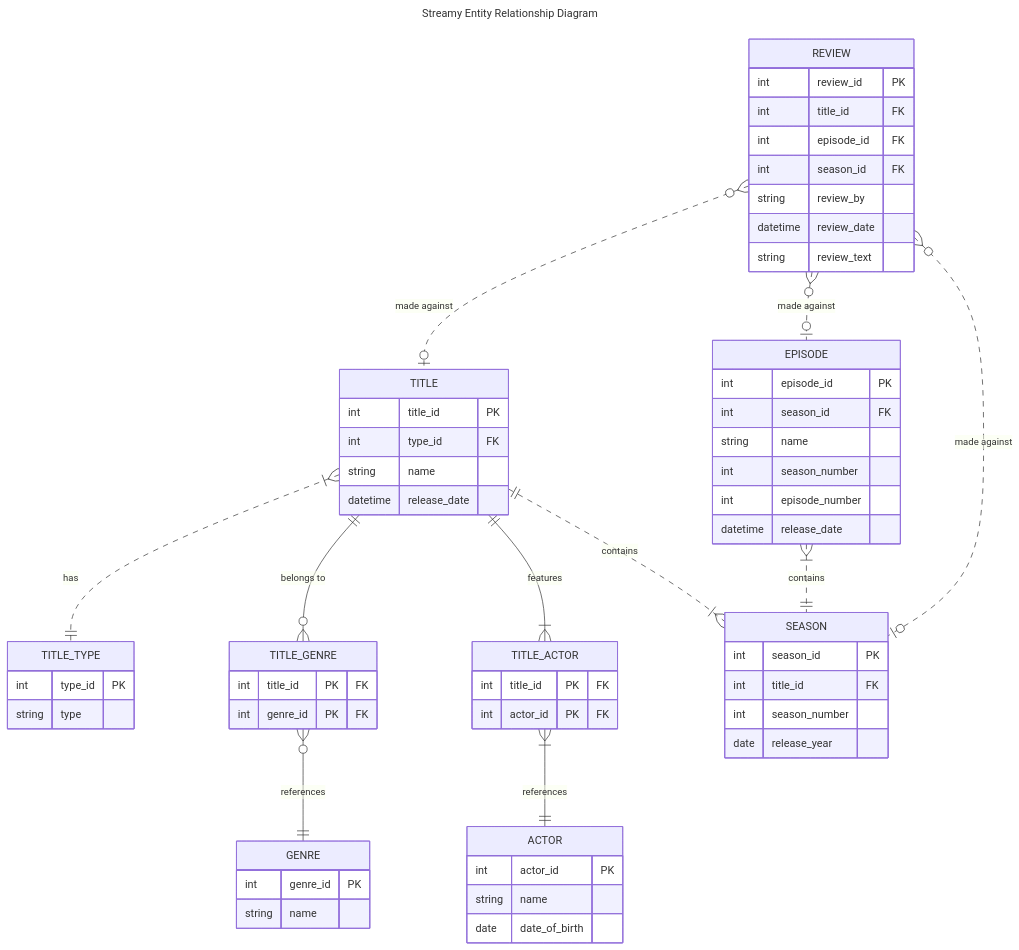
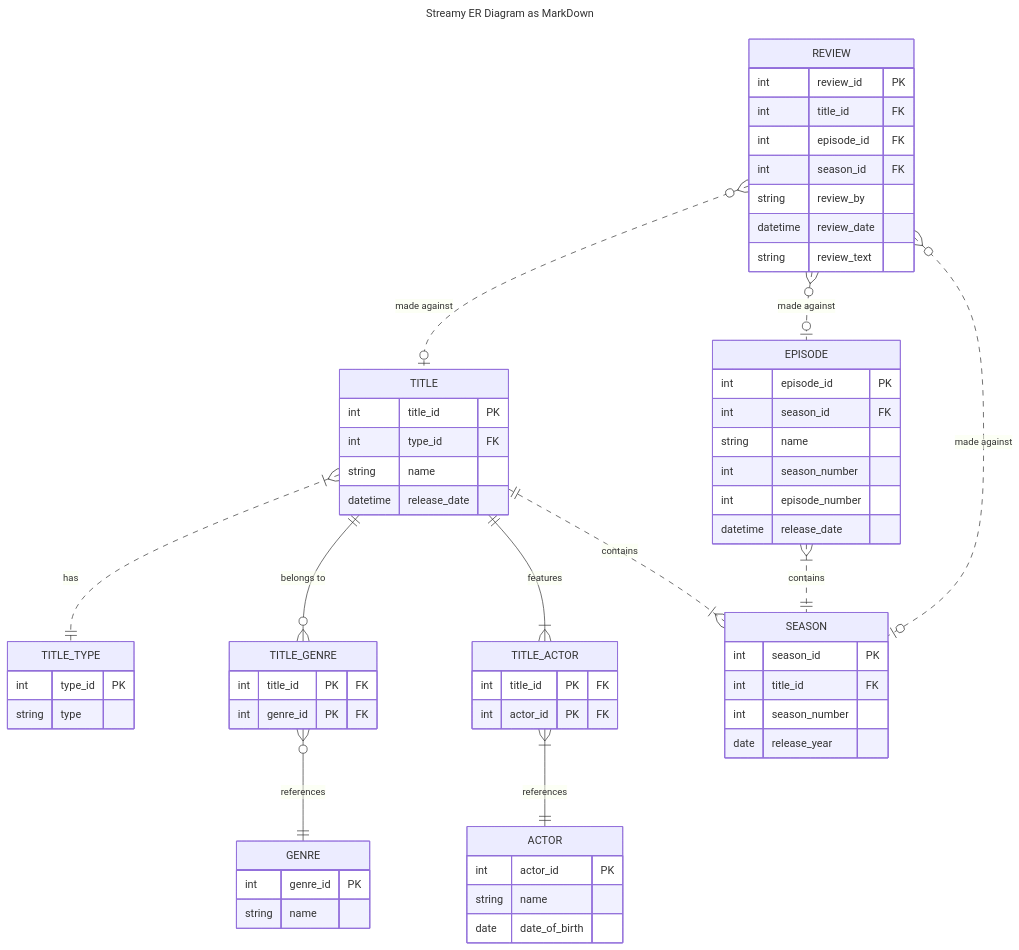
One commit to ashishpadman/mermaid-actions-site changed the diagram in docs/EntityDiagram.md. Above: the diagram before and after it, drawn with Mermaid.

Commit message:
Changed ER Diagram

````diff
--- a/docs/EntityDiagram.md
+++ b/docs/EntityDiagram.md
@@ -1,78 +1,78 @@
 ```mermaid
 ---
-title: Streamy Entity Relationship Diagram
+title: Streamy ER Diagram as MarkDown
 ---
 erDiagram
     TITLE {
         int title_id PK
         int type_id FK
         string name
         datetime release_date
     }
 
     TITLE_TYPE {
         int type_id PK
         string type
     }
 
     ACTOR {
         int actor_id PK
         string name
         date date_of_birth
     }
 	TITLE_ACTOR {
 	    int title_id PK "FK"
 	    int actor_id PK "FK"
 	}
 	
 	GENRE {
 	    int genre_id PK
 	    string name
 	}
 	
 	TITLE_GENRE {
 	    int title_id PK "FK"
 	    int genre_id PK "FK"
 	}
 	
 	EPISODE {
 	    int episode_id PK
 	    int season_id FK
 	    string name
 	    int season_number
 	    int episode_number
 	    datetime release_date
 	}
 
 	SEASON {
 	    int season_id PK
 	    int title_id FK
 	    int season_number
 	    date release_year
 	}
 	
 	REVIEW {
 	    int review_id PK
 	    int title_id FK
 	    int episode_id FK
 	    int season_id FK
 	    string review_by
 	    datetime review_date
 	    string review_text
 	}
 	
 	TITLE }|..|| TITLE_TYPE: has
 	TITLE ||--o{ TITLE_GENRE: "belongs to"
 	TITLE ||--|{ TITLE_ACTOR: features
 	TITLE ||..|{ SEASON: contains
 	
 	TITLE_GENRE }o--|| GENRE: references
 	
 	TITLE_ACTOR }|--|| ACTOR: references
 	
 	EPISODE }|..|| SEASON: contains
 	
 	REVIEW }o..o| TITLE: "made against"
 	REVIEW }o..o| EPISODE: "made against"
 	REVIEW }o..o| SEASON: "made against"
 ```
````
